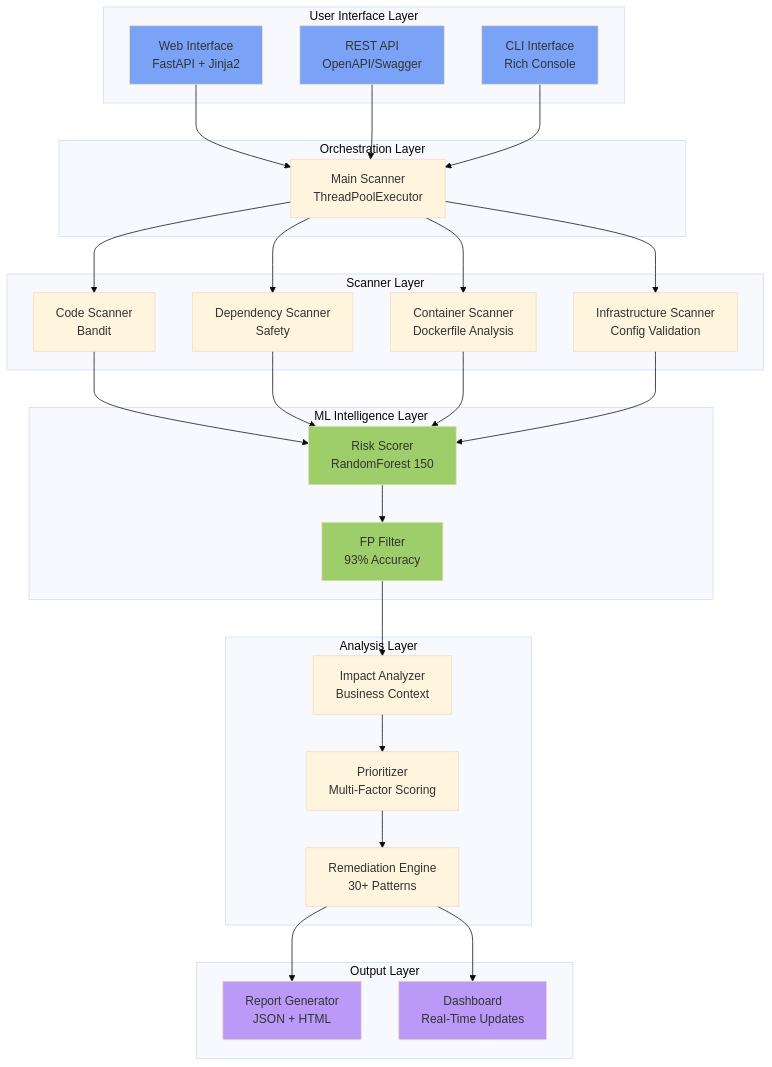
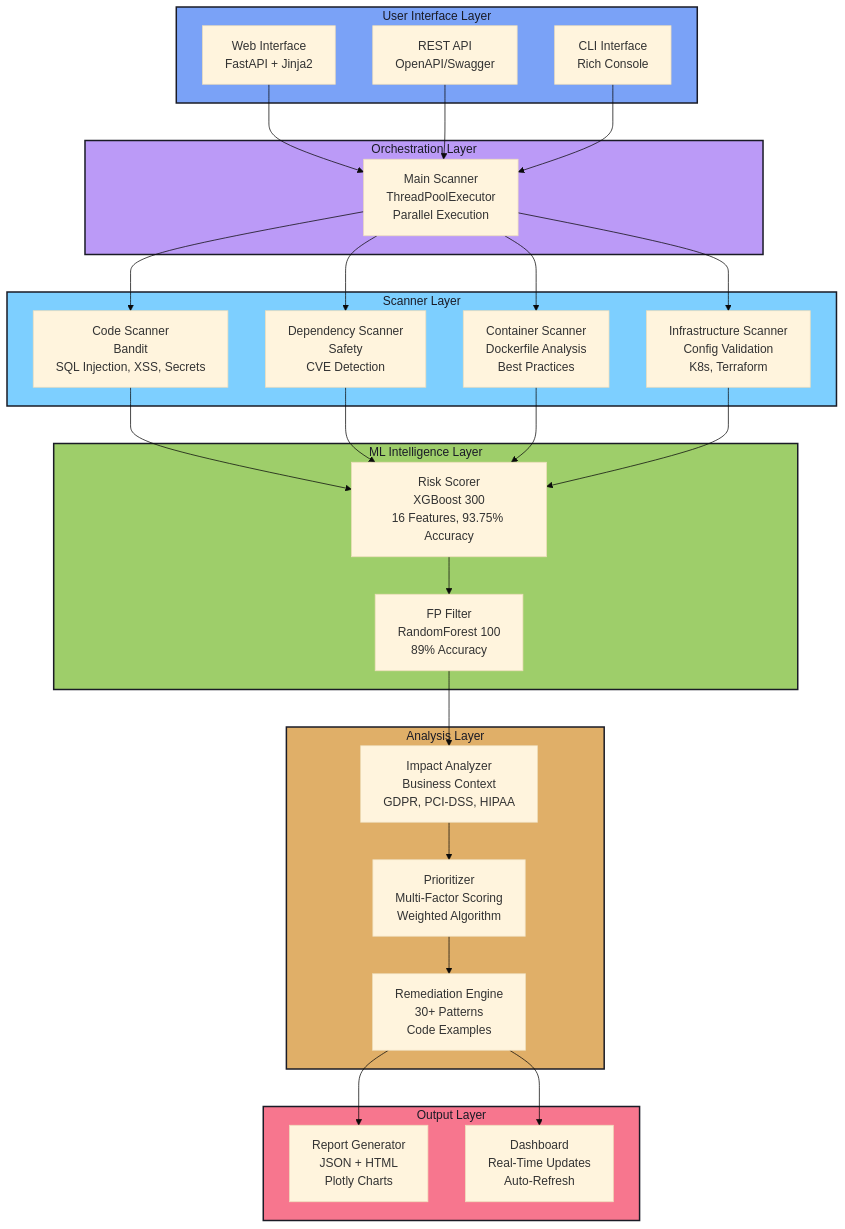
The diagram in README.md (Jai3405/Techsophy), drawn with Mermaid (base theme) before and after one commit. The commit also changed other lines of this file and 7 other files, not shown here.

````diff
--- a/README.md
+++ b/README.md
@@ -116,65 +152,64 @@
 ```mermaid
 graph TB
-    subgraph "User Interface Layer"
-        A[Web Interface<br/>FastAPI + Jinja2]
-        B[REST API<br/>OpenAPI/Swagger]
-        C[CLI Interface<br/>Rich Console]
+    subgraph UI["User Interface Layer"]
+        A["Web Interface<br/>FastAPI + Jinja2"]
+        B["REST API<br/>OpenAPI/Swagger"]
+        C["CLI Interface<br/>Rich Console"]
     end
 
-    subgraph "Orchestration Layer"
-        D[Main Scanner<br/>ThreadPoolExecutor]
+    subgraph Orchestration["Orchestration Layer"]
+        D["Main Scanner<br/>ThreadPoolExecutor<br/>Parallel Execution"]
     end
 
-    subgraph "Scanner Layer"
-        E1[Code Scanner<br/>Bandit]
-        E2[Dependency Scanner<br/>Safety]
-        E3[Container Scanner<br/>Dockerfile Analysis]
-        E4[Infrastructure Scanner<br/>Config Validation]
+    subgraph Scanners["Scanner Layer"]
+        E1["Code Scanner<br/>Bandit<br/>SQL Injection, XSS, Secrets"]
+        E2["Dependency Scanner<br/>Safety<br/>CVE Detection"]
+        E3["Container Scanner<br/>Dockerfile Analysis<br/>Best Practices"]
+        E4["Infrastructure Scanner<br/>Config Validation<br/>K8s, Terraform"]
     end
 
-    subgraph "ML Intelligence Layer"
-        F1[Risk Scorer<br/>RandomForest 150]
-        F2[FP Filter<br/>93% Accuracy]
+    subgraph ML["ML Intelligence Layer"]
+        F1["Risk Scorer<br/>XGBoost 300<br/>16 Features, 93.75% Accuracy"]
+        F2["FP Filter<br/>RandomForest 100<br/>89% Accuracy"]
     end
 
-    subgraph "Analysis Layer"
-        G1[Impact Analyzer<br/>Business Context]
-        G2[Prioritizer<br/>Multi-Factor Scoring]
-        G3[Remediation Engine<br/>30+ Patterns]
+    subgraph Analysis["Analysis Layer"]
+        G1["Impact Analyzer<br/>Business Context<br/>GDPR, PCI-DSS, HIPAA"]
+        G2["Prioritizer<br/>Multi-Factor Scoring<br/>Weighted Algorithm"]
+        G3["Remediation Engine<br/>30+ Patterns<br/>Code Examples"]
     end
 
-    subgraph "Output Layer"
-        H1[Report Generator<br/>JSON + HTML]
-        H2[Dashboard<br/>Real-Time Updates]
+    subgraph Output["Output Layer"]
+        H1["Report Generator<br/>JSON + HTML<br/>Plotly Charts"]
+        H2["Dashboard<br/>Real-Time Updates<br/>Auto-Refresh"]
     end
 
     A --> D
     B --> D
     C --> D
 
     D --> E1
     D --> E2
     D --> E3
     D --> E4
 
     E1 --> F1
     E2 --> F1
     E3 --> F1
     E4 --> F1
 
     F1 --> F2
     F2 --> G1
     G1 --> G2
     G2 --> G3
 
     G3 --> H1
     G3 --> H2
 
-    style A fill:#7aa2f7
-    style B fill:#7aa2f7
-    style C fill:#7aa2f7
-    style F1 fill:#9ece6a
-    style F2 fill:#9ece6a
-    style H1 fill:#bb9af7
-    style H2 fill:#bb9af7
+    style UI fill:#7aa2f7,stroke:#1a1b26,stroke-width:2px,color:#1a1b26
+    style Orchestration fill:#bb9af7,stroke:#1a1b26,stroke-width:2px,color:#1a1b26
+    style Scanners fill:#7dcfff,stroke:#1a1b26,stroke-width:2px,color:#1a1b26
+    style ML fill:#9ece6a,stroke:#1a1b26,stroke-width:2px,color:#1a1b26
+    style Analysis fill:#e0af68,stroke:#1a1b26,stroke-width:2px,color:#1a1b26
+    style Output fill:#f7768e,stroke:#1a1b26,stroke-width:2px,color:#1a1b26
 ```
````
